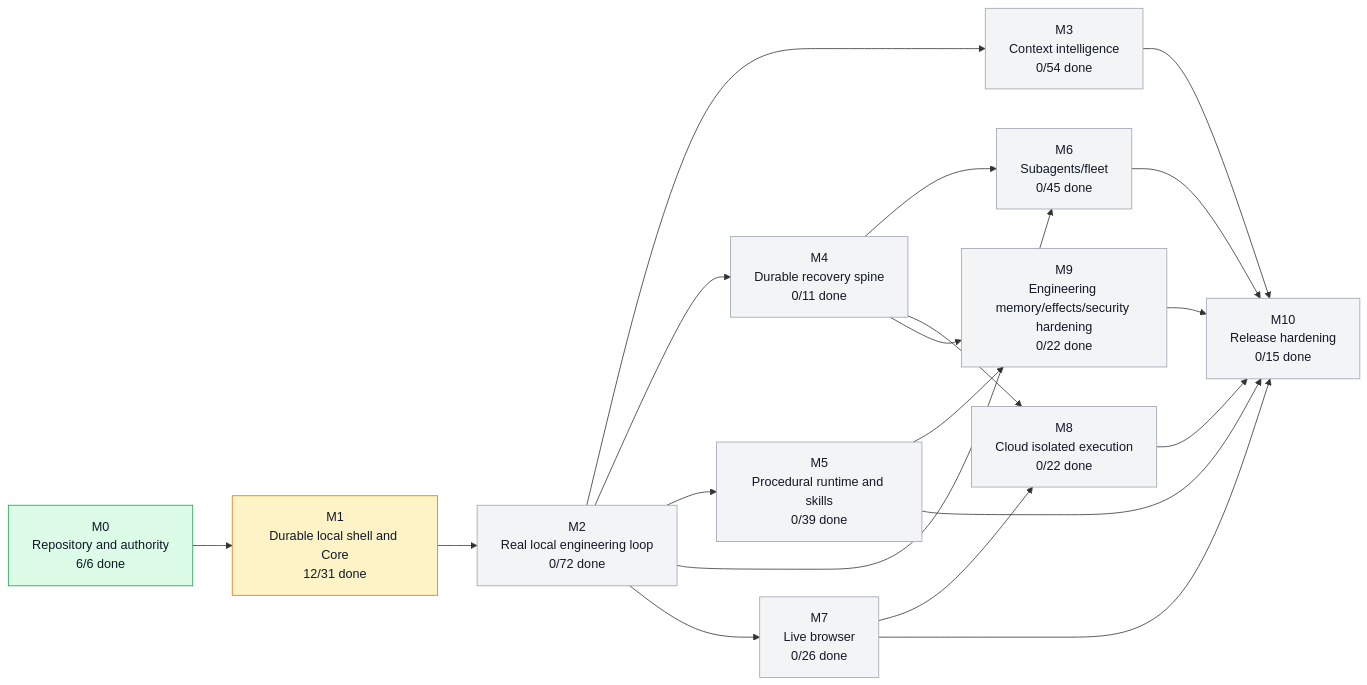
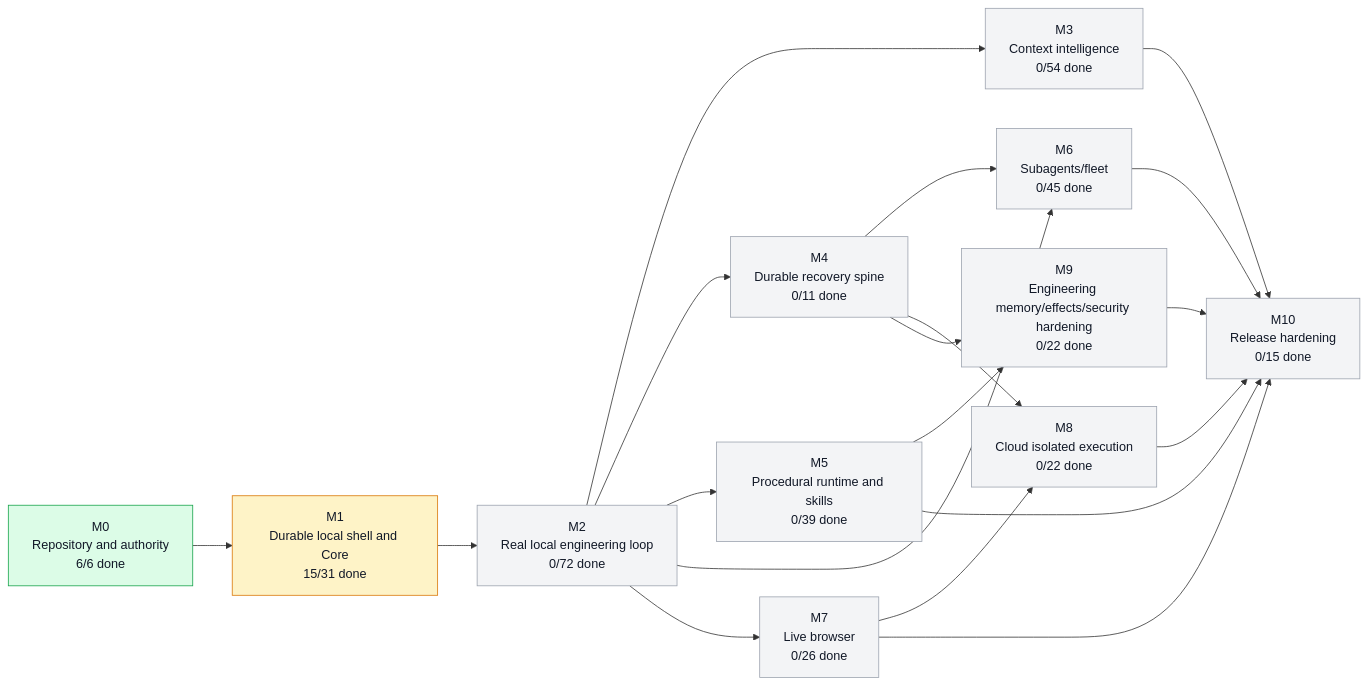
One commit to moss101/zmodbit changed the first of 3 diagrams in graph/PROJECT_GRAPH.md. Above: the diagram before and after it, drawn with Mermaid. The commit also changed other lines of this file and 3 other files, not shown here.

````diff
--- a/graph/PROJECT_GRAPH.md
+++ b/graph/PROJECT_GRAPH.md
@@ -43,43 +43,43 @@
 ```mermaid
 flowchart LR
   M0["M0<br/>Repository and authority<br/>6/6 done"]
-  M1["M1<br/>Durable local shell and Core<br/>12/31 done"]
+  M1["M1<br/>Durable local shell and Core<br/>15/31 done"]
   M2["M2<br/>Real local engineering loop<br/>0/72 done"]
   M3["M3<br/>Context intelligence<br/>0/54 done"]
   M4["M4<br/>Durable recovery spine<br/>0/11 done"]
   M5["M5<br/>Procedural runtime and skills<br/>0/39 done"]
   M6["M6<br/>Subagents/fleet<br/>0/45 done"]
   M7["M7<br/>Live browser<br/>0/26 done"]
   M8["M8<br/>Cloud isolated execution<br/>0/22 done"]
   M9["M9<br/>Engineering memory/effects/security hardening<br/>0/22 done"]
   M10["M10<br/>Release hardening<br/>0/15 done"]
   M0 --> M1
   M1 --> M2
   M2 --> M3
   M2 --> M4
   M2 --> M5
   M2 --> M6
   M4 --> M6
   M2 --> M7
   M4 --> M8
   M7 --> M8
   M4 --> M9
   M5 --> M9
   M3 --> M10
   M5 --> M10
   M6 --> M10
   M7 --> M10
   M8 --> M10
   M9 --> M10
   style M0 fill:#dcfce7,stroke:#16a34a,color:#111827
   style M1 fill:#fef3c7,stroke:#d97706,color:#111827
   style M2 fill:#f3f4f6,stroke:#9ca3af,color:#111827
   style M3 fill:#f3f4f6,stroke:#9ca3af,color:#111827
   style M4 fill:#f3f4f6,stroke:#9ca3af,color:#111827
   style M5 fill:#f3f4f6,stroke:#9ca3af,color:#111827
   style M6 fill:#f3f4f6,stroke:#9ca3af,color:#111827
   style M7 fill:#f3f4f6,stroke:#9ca3af,color:#111827
   style M8 fill:#f3f4f6,stroke:#9ca3af,color:#111827
   style M9 fill:#f3f4f6,stroke:#9ca3af,color:#111827
   style M10 fill:#f3f4f6,stroke:#9ca3af,color:#111827
 ```
````
